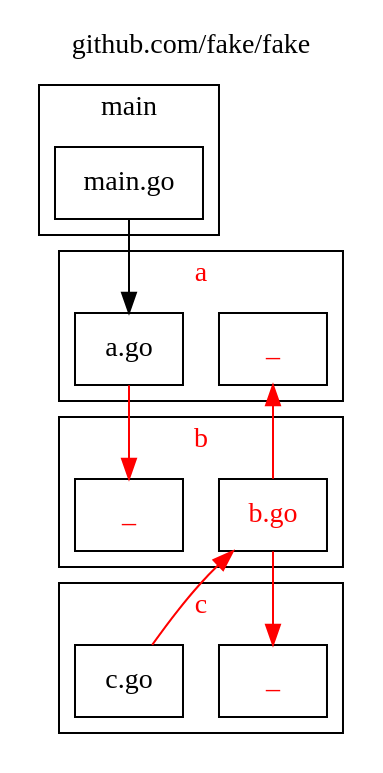
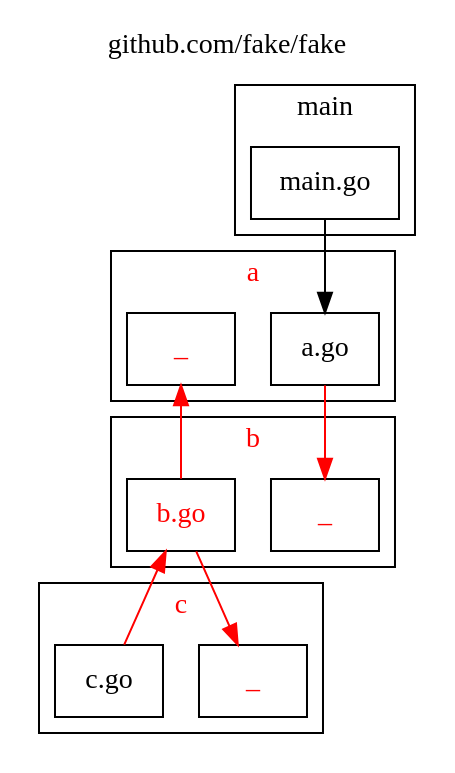
Before and after one commit to samlitowitz/godepvis: the diagram in assets/examples/multiple-interlinked-direct-circular-dependencies-with-blank-identifier/file.dot, drawn with Graphviz. The commit also changed other lines of this file and 28 other files, not shown here.

```diff
--- a/assets/examples/multiple-interlinked-direct-circular-dependencies-with-blank-identifier/file.dot
+++ b/assets/examples/multiple-interlinked-direct-circular-dependencies-with-blank-identifier/file.dot
@@ -1,51 +1,51 @@
 digraph {
 	labelloc="t";
 	label="github.com/fake/fake";
 	rankdir="TB";
 	node [shape="rect"];
 
 	subgraph "cluster_pkg_a" {
 		label="a";
 		style="filled";
 		fontcolor="#ff0000";
 		fillcolor="#ffffff";
 
+		"pkg_a_file_a" [label="a.go", style="filled", fontcolor="#000000", fillcolor="#ffffff"];
 		"pkg_a_file__" [label="_", style="filled", fontcolor="#ff0000", fillcolor="#ffffff"];
-		"pkg_a_file_a" [label="a.go", style="filled", fontcolor="#000000", fillcolor="#ffffff"];
 	};
 
 	subgraph "cluster_pkg_b" {
 		label="b";
 		style="filled";
 		fontcolor="#ff0000";
 		fillcolor="#ffffff";
 
 		"pkg_b_file__" [label="_", style="filled", fontcolor="#ff0000", fillcolor="#ffffff"];
 		"pkg_b_file_b" [label="b.go", style="filled", fontcolor="#ff0000", fillcolor="#ffffff"];
 	};
 
 	subgraph "cluster_pkg_c" {
 		label="c";
 		style="filled";
 		fontcolor="#ff0000";
 		fillcolor="#ffffff";
 
 		"pkg_c_file__" [label="_", style="filled", fontcolor="#ff0000", fillcolor="#ffffff"];
 		"pkg_c_file_c" [label="c.go", style="filled", fontcolor="#000000", fillcolor="#ffffff"];
 	};
 
 	subgraph "cluster_pkg_main" {
 		label="main";
 		style="filled";
 		fontcolor="#000000";
 		fillcolor="#ffffff";
 
 		"pkg_main_file_main" [label="main.go", style="filled", fontcolor="#000000", fillcolor="#ffffff"];
 	};
 
 		"pkg_a_file_a" -> "pkg_b_file__" [color="#ff0000"];
 		"pkg_b_file_b" -> "pkg_a_file__" [color="#ff0000"];
 		"pkg_b_file_b" -> "pkg_c_file__" [color="#ff0000"];
 		"pkg_c_file_c" -> "pkg_b_file_b" [color="#ff0000"];
 		"pkg_main_file_main" -> "pkg_a_file_a" [color="#000000"];
 }
```
